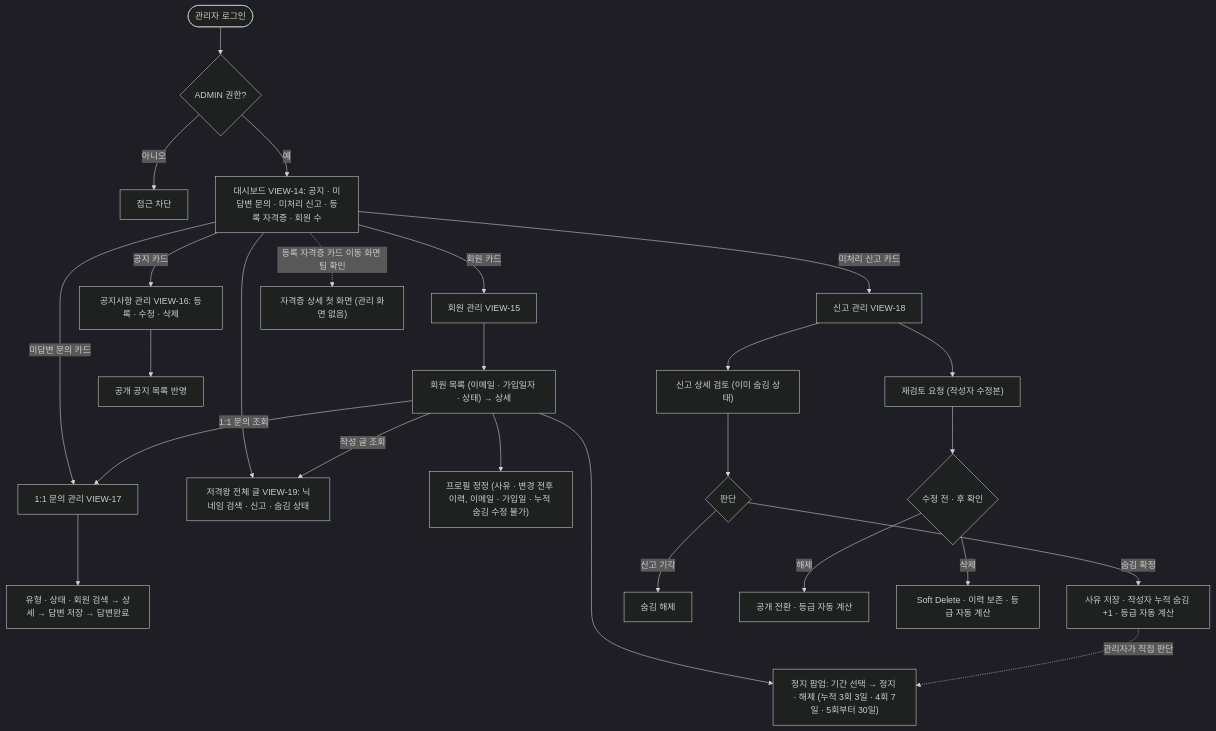
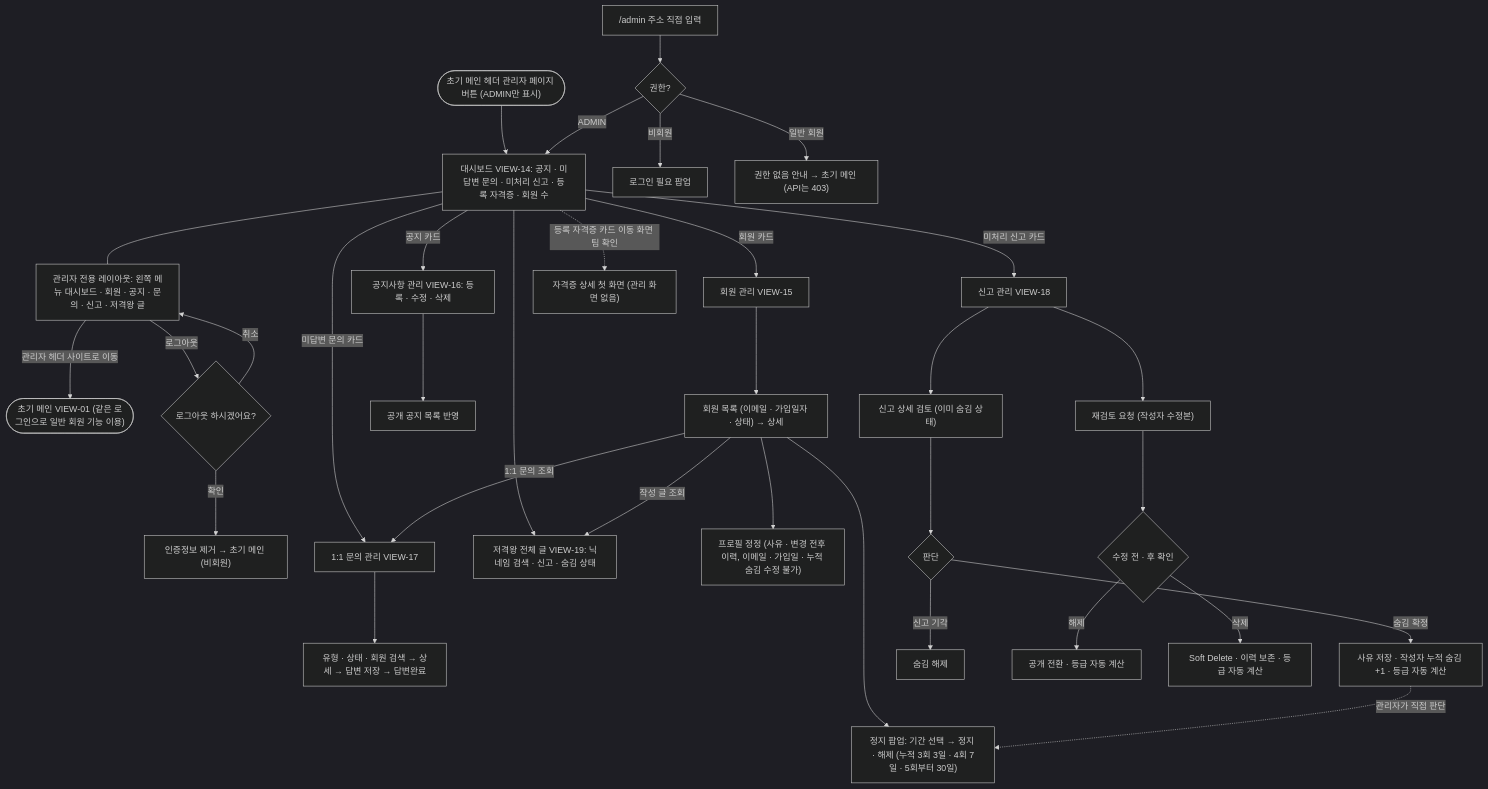
Before and after one commit to team-ap-cert-sniper/cert-sniper: the tenth of 12 diagrams in docs/FLOWCHART.md, drawn with Mermaid (dark theme). The commit also changed other lines of this file and 27 other files, not shown here.

Commit message:
chore: 백엔드 기반 추가, 관리자 계정 시드 추가, 관리자·고객센터·로그인 흐름 정리

````diff
--- a/docs/FLOWCHART.md
+++ b/docs/FLOWCHART.md
@@ -342,28 +345,35 @@
 ```mermaid
 flowchart TD
-  A(["관리자 로그인"]) --> B{"ADMIN 권한?"}
-  B -->|아니오| N["접근 차단"]
-  B -->|예| D["대시보드 VIEW-14: 공지 · 미답변 문의 · 미처리 신고 · 등록 자격증 · 회원 수"]
+  A(["초기 메인 헤더 관리자 페이지 버튼 (ADMIN만 표시)"]) --> D["대시보드 VIEW-14: 공지 · 미답변 문의 · 미처리 신고 · 등록 자격증 · 회원 수"]
+  URL["/admin 주소 직접 입력"] --> B{"권한?"}
+  B -->|비회원| NP["로그인 필요 팝업"]
+  B -->|일반 회원| N["권한 없음 안내 → 초기 메인 (API는 403)"]
+  B -->|ADMIN| D
+  D --- LAY["관리자 전용 레이아웃: 왼쪽 메뉴 대시보드 · 회원 · 공지 · 문의 · 신고 · 저격왕 글"]
+  LAY -->|관리자 헤더 사이트로 이동| MAIN(["초기 메인 VIEW-01 (같은 로그인으로 일반 회원 기능 이용)"])
+  LAY -->|로그아웃| LO{"로그아웃 하시겠어요?"}
+  LO -->|확인| OUT["인증정보 제거 → 초기 메인 (비회원)"]
+  LO -->|취소| LAY
   D -->|회원 카드| U["회원 관리 VIEW-15"]
   D -->|공지 카드| NT["공지사항 관리 VIEW-16: 등록 · 수정 · 삭제"]
   D -->|미답변 문의 카드| Q["1:1 문의 관리 VIEW-17"]
   D -->|미처리 신고 카드| R["신고 관리 VIEW-18"]
   D -.->|등록 자격증 카드 이동 화면 팀 확인| QD["자격증 상세 첫 화면 (관리 화면 없음)"]
   D --> PS["저격왕 전체 글 VIEW-19: 닉네임 검색 · 신고 · 숨김 상태"]
   U --> U0["회원 목록 (이메일 · 가입일자 · 상태) → 상세"]
   U0 --> U1["프로필 정정 (사유 · 변경 전후 이력, 이메일 · 가입일 · 누적 숨김 수정 불가)"]
   U0 --> U3["정지 팝업: 기간 선택 → 정지 · 해제 (누적 3회 3일 · 4회 7일 · 5회부터 30일)"]
   U0 -->|작성 글 조회| PS
   U0 -->|1:1 문의 조회| Q
   NT --> NT1["공개 공지 목록 반영"]
   Q --> Q1["유형 · 상태 · 회원 검색 → 상세 → 답변 저장 → 답변완료"]
   R --> R1["신고 상세 검토 (이미 숨김 상태)"]
   R1 --> R2{"판단"}
   R2 -->|숨김 확정| R3["사유 저장 · 작성자 누적 숨김 +1 · 등급 자동 계산"]
   R2 -->|신고 기각| R4["숨김 해제"]
   R3 -.->|관리자가 직접 판단| U3
   R --> RV["재검토 요청 (작성자 수정본)"]
   RV --> RV1{"수정 전 · 후 확인"}
   RV1 -->|해제| RV2["공개 전환 · 등급 자동 계산"]
   RV1 -->|삭제| R5["Soft Delete · 이력 보존 · 등급 자동 계산"]
 ```
````
